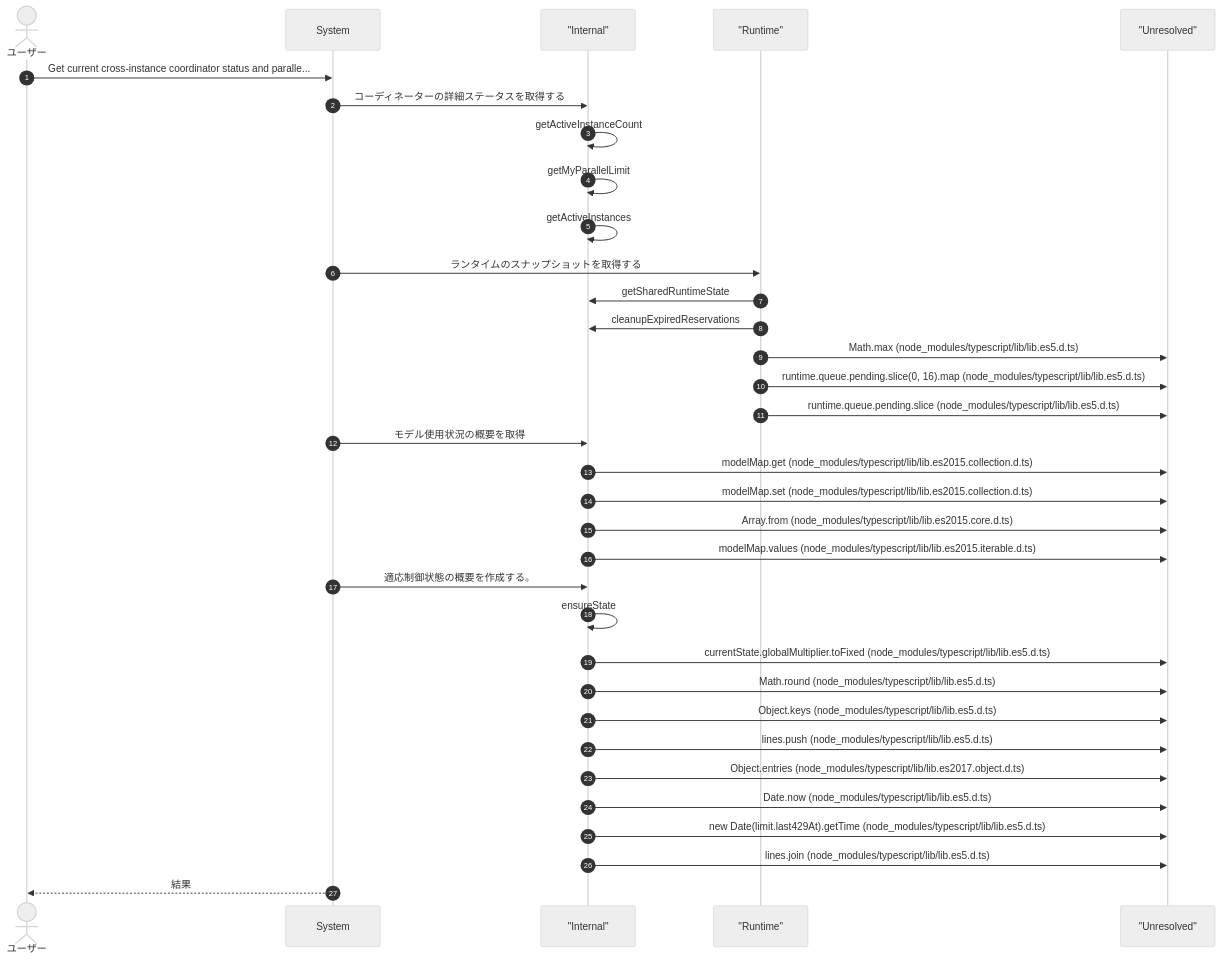
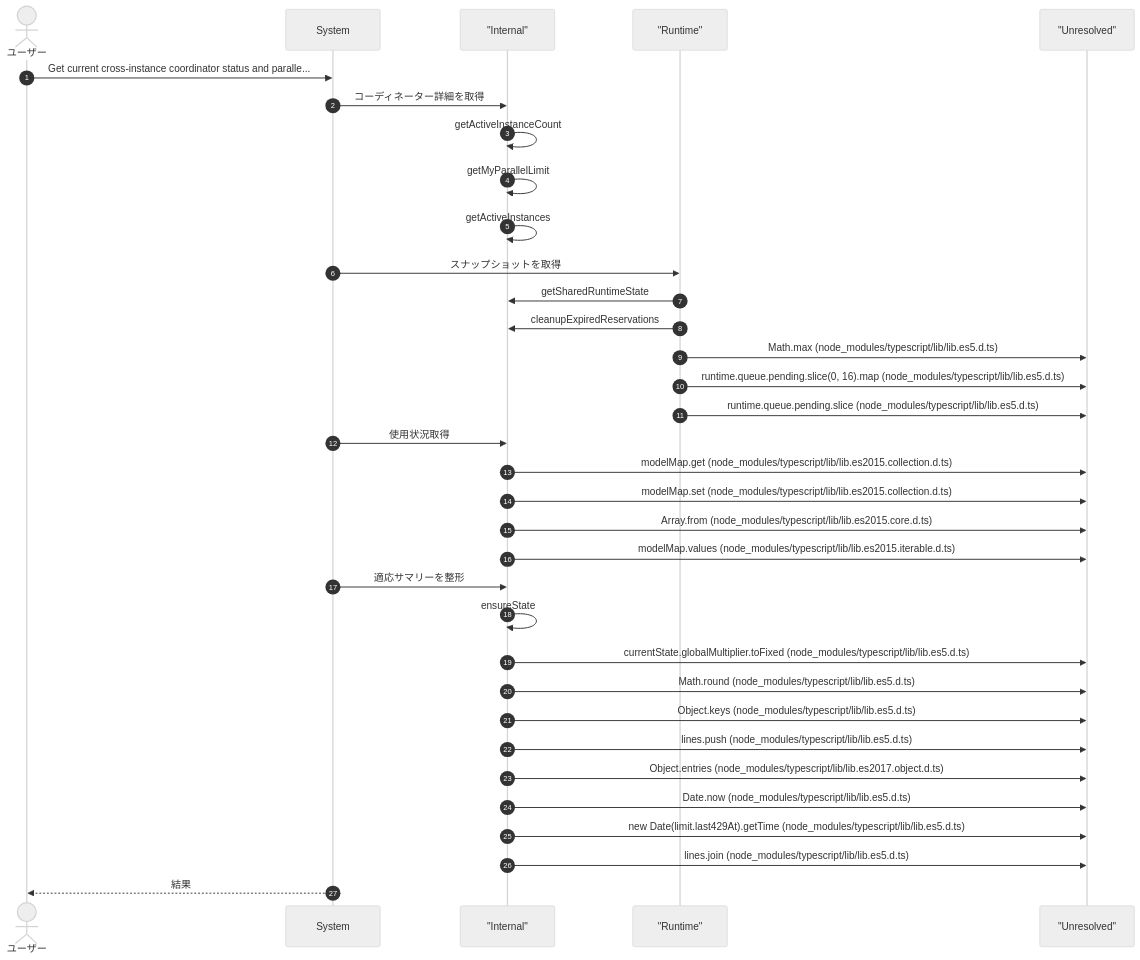
Before and after one commit to Mekann2904/mekann: the first of 3 diagrams in ABDD/.pi/extensions/cross-instance-runtime.md, drawn with Mermaid (neutral theme). The commit also changed other lines of this file and 212 other files, not shown here.

````diff
--- a/ABDD/.pi/extensions/cross-instance-runtime.md
+++ b/ABDD/.pi/extensions/cross-instance-runtime.md
@@ -40,38 +40,38 @@
 ```mermaid
 sequenceDiagram
   autonumber
   actor User as ユーザー
   participant System as System
   participant Internal as "Internal"
   participant Runtime as "Runtime"
   participant Unresolved as "Unresolved"
 
   User->>System: Get current cross-instance coordinator status and paralle...
-  System->>Internal: コーディネーターの詳細ステータスを取得する
+  System->>Internal: コーディネーター詳細を取得
   Internal->>Internal: getActiveInstanceCount
   Internal->>Internal: getMyParallelLimit
   Internal->>Internal: getActiveInstances
-  System->>Runtime: ランタイムのスナップショットを取得する
+  System->>Runtime: スナップショットを取得
   Runtime->>Internal: getSharedRuntimeState
   Runtime->>Internal: cleanupExpiredReservations
   Runtime->>Unresolved: Math.max (node_modules/typescript/lib/lib.es5.d.ts)
   Runtime->>Unresolved: runtime.queue.pending.slice(0, 16).map (node_modules/typescript/lib/lib.es5.d.ts)
   Runtime->>Unresolved: runtime.queue.pending.slice (node_modules/typescript/lib/lib.es5.d.ts)
-  System->>Internal: モデル使用状況の概要を取得
+  System->>Internal: 使用状況取得
   Internal->>Unresolved: modelMap.get (node_modules/typescript/lib/lib.es2015.collection.d.ts)
   Internal->>Unresolved: modelMap.set (node_modules/typescript/lib/lib.es2015.collection.d.ts)
   Internal->>Unresolved: Array.from (node_modules/typescript/lib/lib.es2015.core.d.ts)
   Internal->>Unresolved: modelMap.values (node_modules/typescript/lib/lib.es2015.iterable.d.ts)
-  System->>Internal: 適応制御状態の概要を作成する。
+  System->>Internal: 適応サマリーを整形
   Internal->>Internal: ensureState
   Internal->>Unresolved: currentState.globalMultiplier.toFixed (node_modules/typescript/lib/lib.es5.d.ts)
   Internal->>Unresolved: Math.round (node_modules/typescript/lib/lib.es5.d.ts)
   Internal->>Unresolved: Object.keys (node_modules/typescript/lib/lib.es5.d.ts)
   Internal->>Unresolved: lines.push (node_modules/typescript/lib/lib.es5.d.ts)
   Internal->>Unresolved: Object.entries (node_modules/typescript/lib/lib.es2017.object.d.ts)
   Internal->>Unresolved: Date.now (node_modules/typescript/lib/lib.es5.d.ts)
   Internal->>Unresolved: new Date(limit.last429At).getTime (node_modules/typescript/lib/lib.es5.d.ts)
   Internal->>Unresolved: lines.join (node_modules/typescript/lib/lib.es5.d.ts)
   System-->>User: 結果
 
 ```
````
